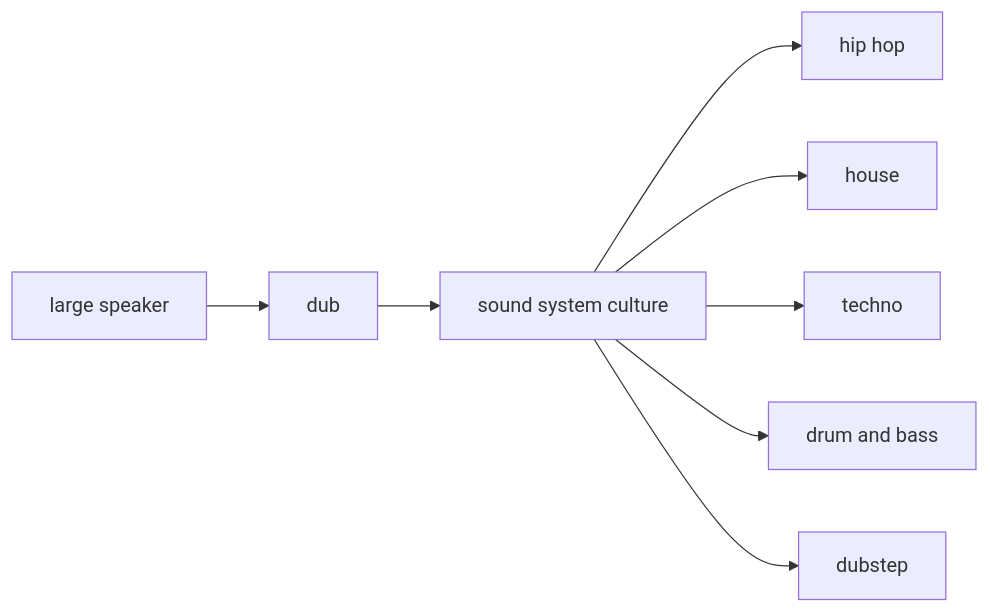
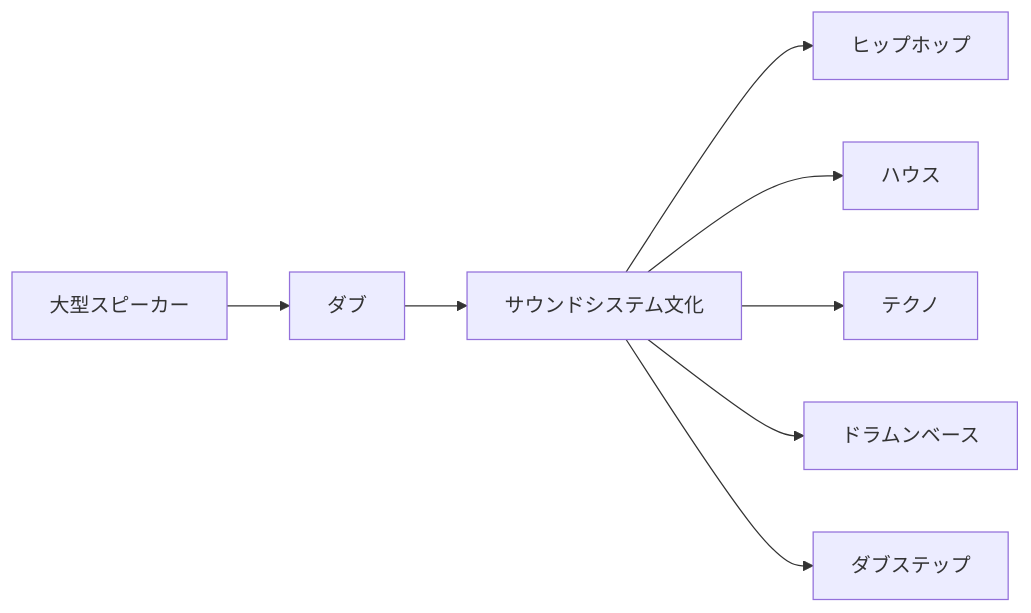
The fifth of 10 diagrams in en/_posts/2026-08-01-column-why-bass-feels-good.md (monumental-movement/monumental-movement.github.io), drawn with Mermaid before and after one commit. The commit also changed other lines of this file and 2196 other files, not shown here.

```diff
--- a/en/_posts/2026-08-01-column-why-bass-feels-good.md
+++ b/en/_posts/2026-08-01-column-why-bass-feels-good.md
@@ -546,14 +546,14 @@
 <div class="mermaid">
 flowchart LR
 
-A[large speaker]
--->B[dub]
+A[大型スピーカー]
+-->B[ダブ]
 
-B-->C[sound system culture]
+B-->C[サウンドシステム文化]
 
-C-->D[hip hop]
-C-->E[house]
-C-->F[techno]
-C-->G[drum and bass]
-C-->H[dubstep]
+C-->D[ヒップホップ]
+C-->E[ハウス]
+C-->F[テクノ]
+C-->G[ドラムンベース]
+C-->H[ダブステップ]
 </div>
```
